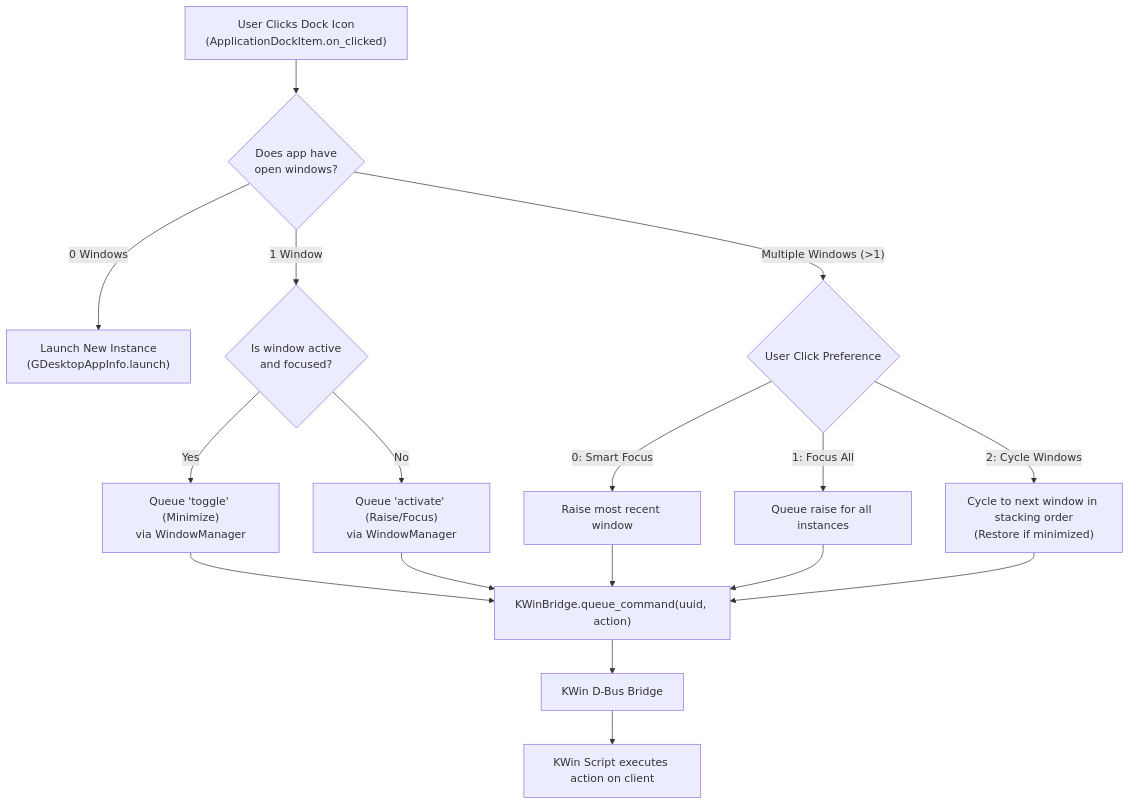
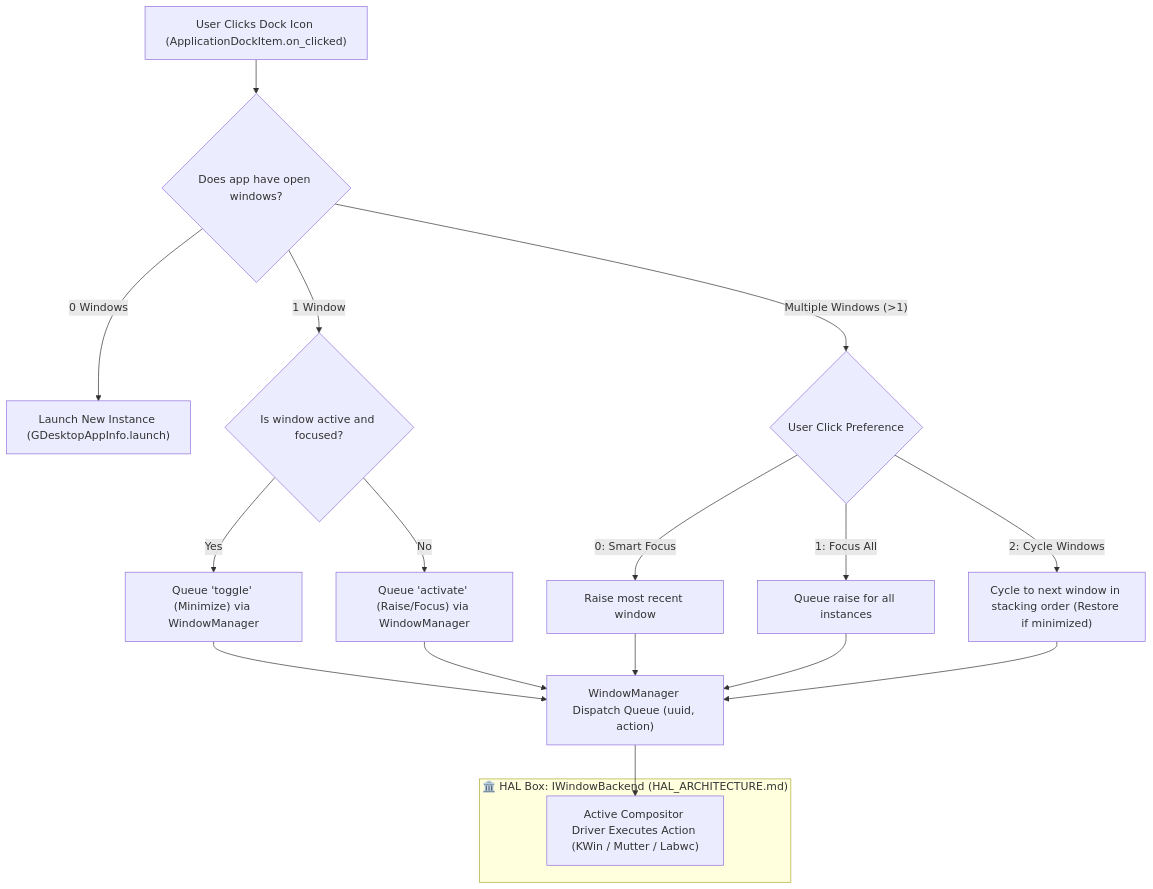
One commit to sergiomelas/WayPlank changed the third of 3 diagrams in Documentation/wayplank_x11_to_wayland_report_en.md. Above: the diagram before and after it, drawn with Mermaid. The commit also changed other lines of this file and 174 other files, not shown here.

````diff
--- a/Documentation/wayplank_x11_to_wayland_report_en.md
+++ b/Documentation/wayplank_x11_to_wayland_report_en.md
@@ -165,22 +136,26 @@
 ```mermaid
 flowchart TD
-    Click["User Clicks Dock Icon\n(ApplicationDockItem.on_clicked)"] --> CheckOpen{"Does app have\nopen windows?"}
-    CheckOpen -- "0 Windows" --> Launch["Launch New Instance\n(GDesktopAppInfo.launch)"]
-    CheckOpen -- "1 Window" --> CheckActive{"Is window active\nand focused?"}
-    
-    CheckActive -- "Yes" --> MinAction["Queue 'toggle' (Minimize)\nvia WindowManager"]
-    CheckActive -- "No" --> ActAction["Queue 'activate' (Raise/Focus)\nvia WindowManager"]
-    
+    Click["User Clicks Dock Icon (ApplicationDockItem.on_clicked)"] --> CheckOpen{"Does app have open windows?"}
+    CheckOpen -- "0 Windows" --> Launch["Launch New Instance (GDesktopAppInfo.launch)"]
+    CheckOpen -- "1 Window" --> CheckActive{"Is window active and focused?"}
+
+    CheckActive -- "Yes" --> MinAction["Queue 'toggle' (Minimize) via WindowManager"]
+    CheckActive -- "No" --> ActAction["Queue 'activate' (Raise/Focus) via WindowManager"]
+
     CheckOpen -- "Multiple Windows (>1)" --> ClickPref{"User Click Preference"}
     ClickPref -- "0: Smart Focus" --> TopMost["Raise most recent window"]
     ClickPref -- "1: Focus All" --> RaiseAll["Queue raise for all instances"]
-    ClickPref -- "2: Cycle Windows" --> Cycle["Cycle to next window in stacking order\n(Restore if minimized)"]
+    ClickPref -- "2: Cycle Windows" --> Cycle["Cycle to next window in stacking order (Restore if minimized)"]
 
-    MinAction --> Dispatch["KWinBridge.queue_command(uuid, action)"]
+    MinAction --> Dispatch["WindowManager Dispatch Queue (uuid, action)"]
     ActAction --> Dispatch
     TopMost --> Dispatch
     RaiseAll --> Dispatch
     Cycle --> Dispatch
-    Dispatch --> DBus["KWin D-Bus Bridge"]
-    DBus --> KWinExec["KWin Script executes action on client"]
+
+    subgraph HAL_EXEC ["🏛️ HAL Box: IWindowBackend (HAL_ARCHITECTURE.md)"]
+        Exec["Active Compositor Driver Executes Action (KWin / Mutter / Labwc)"]
+    end
+
+    Dispatch --> Exec
 ```
````
